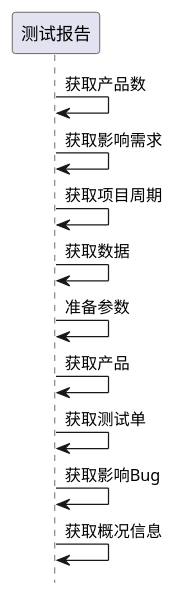
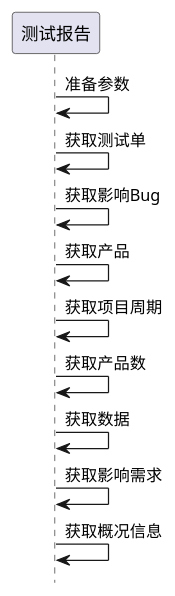
Before and after one commit to zj335841911/nt_chandao: the fifth of 9 diagrams in ibizpms-docs/src/main/doc/v1/module/zentao/TestReport_old.md, drawn with PlantUML. The commit also changed other lines of this file and 2125 other files, not shown here.

```diff
--- a/ibizpms-docs/src/main/doc/v1/module/zentao/TestReport_old.md
+++ b/ibizpms-docs/src/main/doc/v1/module/zentao/TestReport_old.md
@@ -226,13 +226,13 @@
 {% plantuml %}
 hide footbox
 
-测试报告 -> 测试报告: 获取产品数
-测试报告 -> 测试报告: 获取影响需求
-测试报告 -> 测试报告: 获取项目周期
-测试报告 -> 测试报告: 获取数据
 测试报告 -> 测试报告: 准备参数
-测试报告 -> 测试报告: 获取产品
 测试报告 -> 测试报告: 获取测试单
 测试报告 -> 测试报告: 获取影响Bug
+测试报告 -> 测试报告: 获取产品
+测试报告 -> 测试报告: 获取项目周期
+测试报告 -> 测试报告: 获取产品数
+测试报告 -> 测试报告: 获取数据
+测试报告 -> 测试报告: 获取影响需求
 测试报告 -> 测试报告: 获取概况信息
 {% endplantuml %}
```
